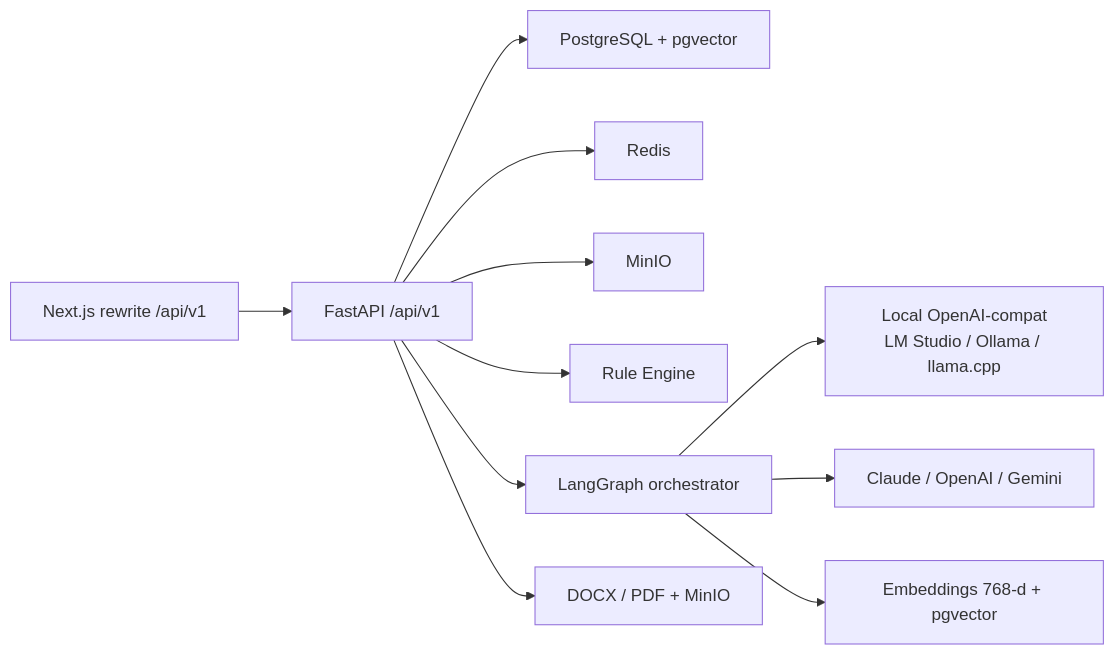
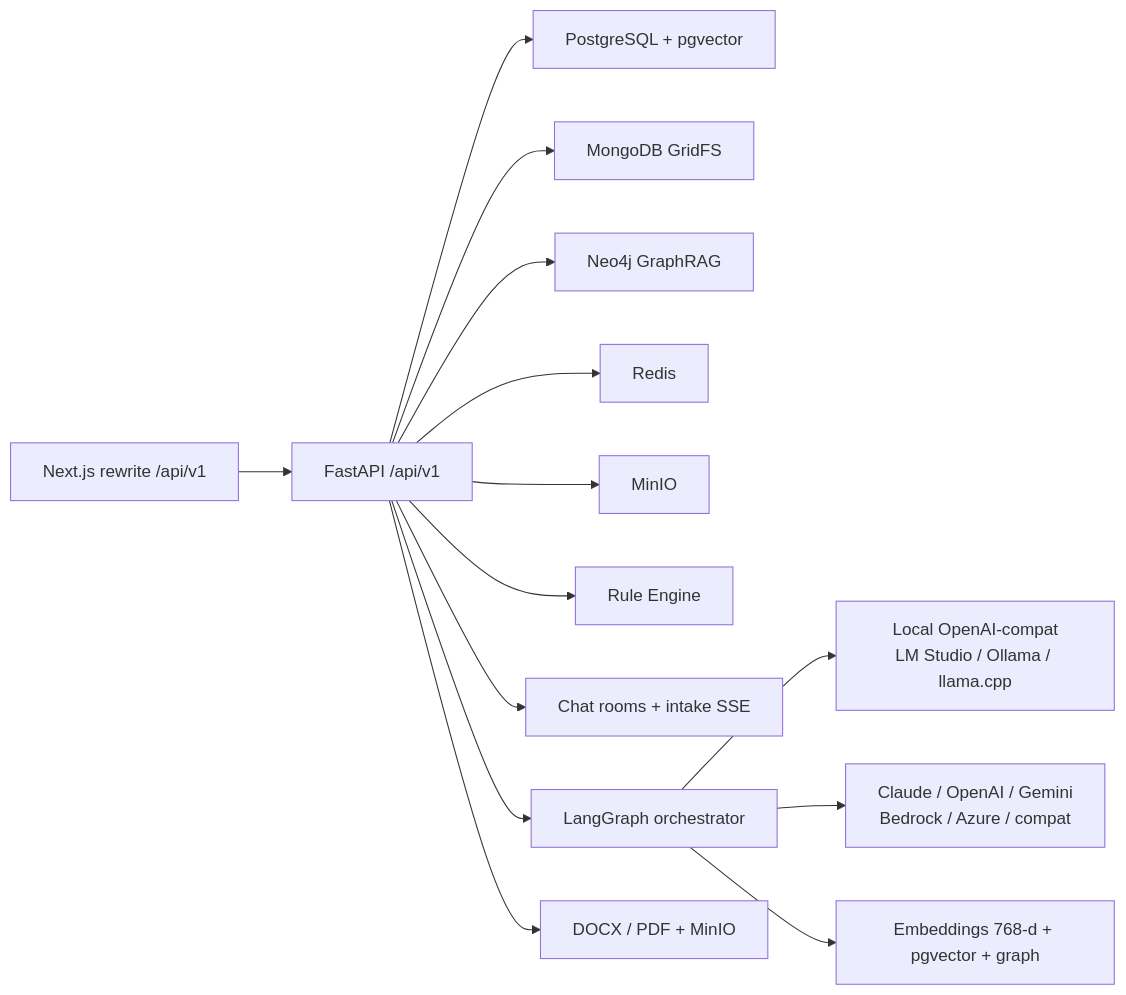
Before and after one commit to chiraleo2000/tor-generator: the diagram in Discussions/16-BACKEND_ARCHITECTURE.md, drawn with Mermaid. The commit also changed other lines of this file and 117 other files, not shown here.

First line of the commit message:
Add draft intake chat, KB Q&A, and a Pages mockup that matches the live app.

````diff
--- a/Discussions/16-BACKEND_ARCHITECTURE.md
+++ b/Discussions/16-BACKEND_ARCHITECTURE.md
@@ -7,13 +7,16 @@
 ```mermaid
 flowchart LR
   Next["Next.js rewrite /api/v1"] --> API["FastAPI /api/v1"]
   API --> PG["PostgreSQL + pgvector"]
+  API --> Mongo["MongoDB GridFS"]
+  API --> Neo["Neo4j GraphRAG"]
   API --> Redis
   API --> MinIO
   API --> Rules["Rule Engine"]
+  API --> Chat["Chat rooms + intake SSE"]
   API --> Graph["LangGraph orchestrator"]
   Graph --> Local["Local OpenAI-compat\nLM Studio / Ollama / llama.cpp"]
-  Graph --> Cloud["Claude / OpenAI / Gemini"]
-  Graph --> RAG["Embeddings 768-d + pgvector"]
+  Graph --> Cloud["Claude / OpenAI / Gemini\nBedrock / Azure / compat"]
+  Graph --> RAG["Embeddings 768-d + pgvector + graph"]
   API --> Export["DOCX / PDF + MinIO"]
 ```
````
